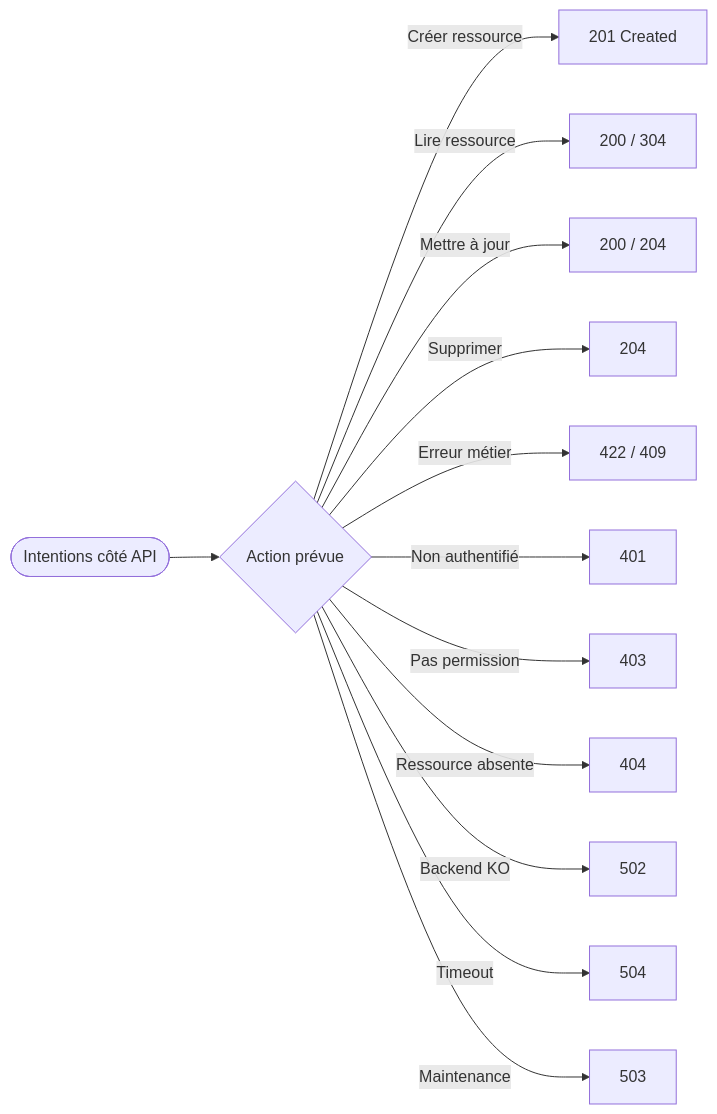
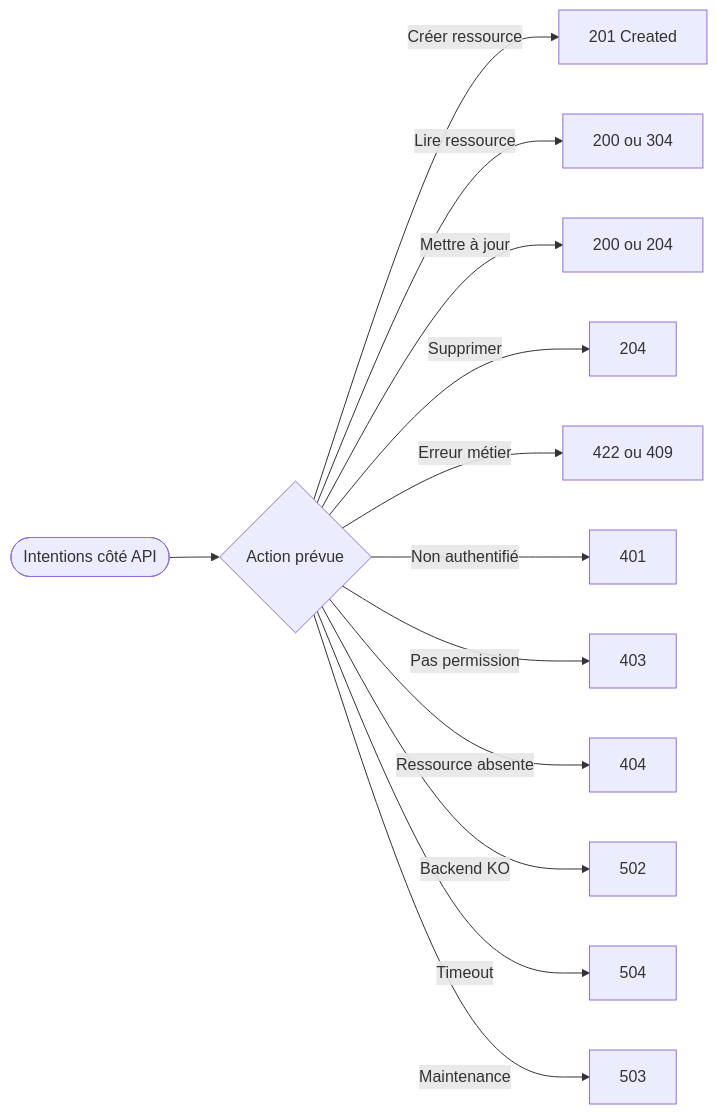
One commit to zyrass/omnydocs changed the fifth of 6 diagrams in docs/bases/concepts/liste-code-erreur.md. Above: the diagram before and after it, drawn with Mermaid. The commit also changed other lines of this file and 723 other files, not shown here.

````diff
--- a/docs/bases/concepts/liste-code-erreur.md
+++ b/docs/bases/concepts/liste-code-erreur.md
@@ -911,18 +748,18 @@
 ```mermaid
 flowchart LR
-    Start([Intentions côté API]) --> A{Action prévue}
+    Start(["Intentions côté API"])
+    A{"Action prévue"}
 
-    A -->|Créer ressource| B[201 Created]
-    A -->|Lire ressource| C[200 / 304]
-    A -->|Mettre à jour| D[200 / 204]
-    A -->|Supprimer| E[204]
-
-    A -->|Erreur métier| F[422 / 409]
-    A -->|Non authentifié| G[401]
-    A -->|Pas permission| H[403]
-    A -->|Ressource absente| I[404]
-
-    A -->|Backend KO| J[502]
-    A -->|Timeout| K[504]
-    A -->|Maintenance| L[503]
+    Start --> A
+    A -->|Créer ressource| B["201 Created"]
+    A -->|Lire ressource| C["200 ou 304"]
+    A -->|Mettre à jour| D["200 ou 204"]
+    A -->|Supprimer| E["204"]
+    A -->|Erreur métier| F["422 ou 409"]
+    A -->|Non authentifié| G["401"]
+    A -->|Pas permission| H["403"]
+    A -->|Ressource absente| I["404"]
+    A -->|Backend KO| J["502"]
+    A -->|Timeout| K["504"]
+    A -->|Maintenance| L["503"]
 ```
````
